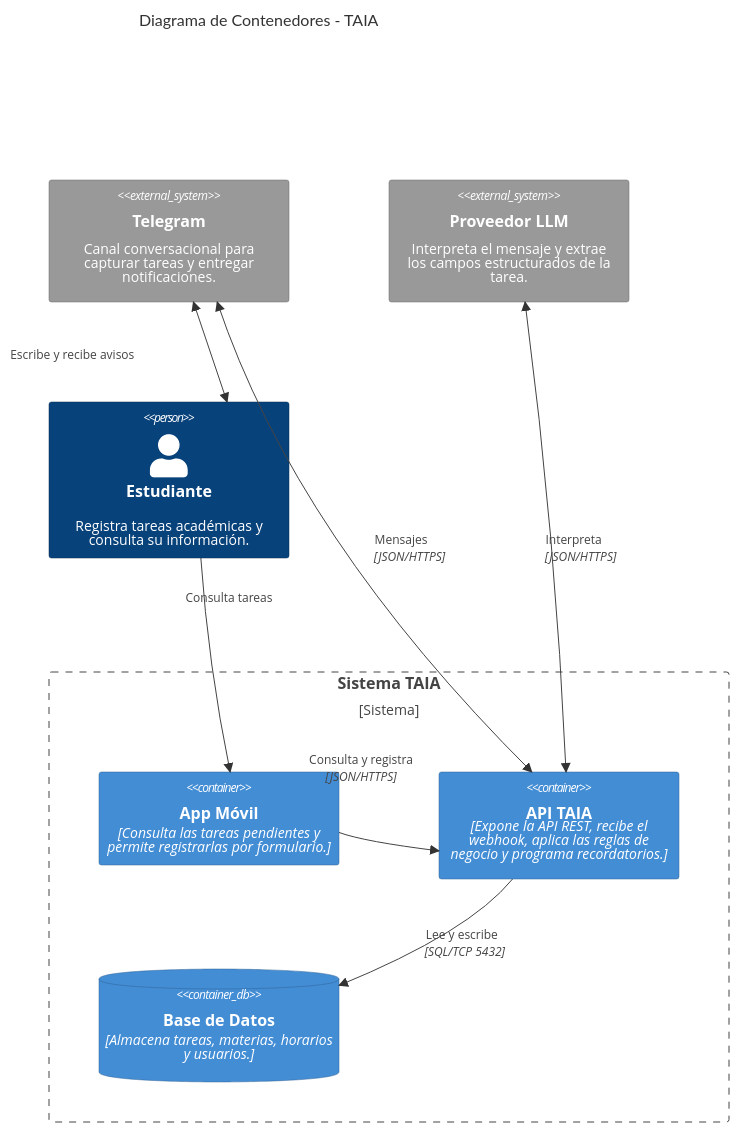
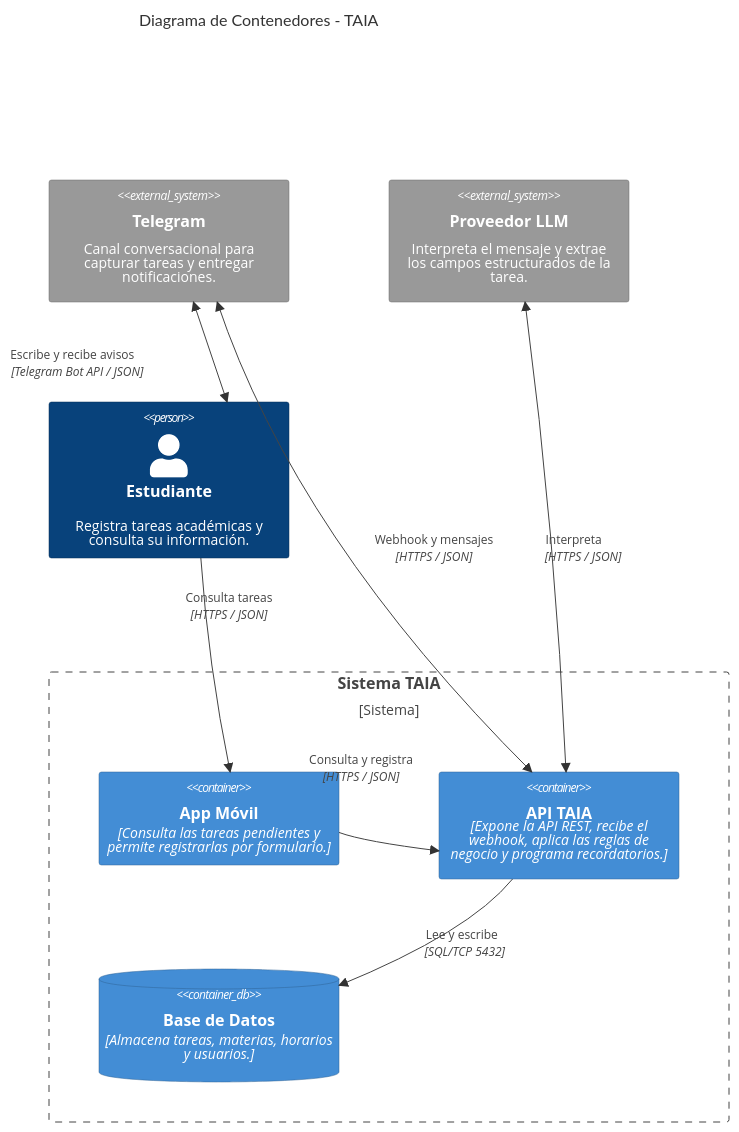
The diagram in docs/c4/C4-C2.md (ISCOUTB/AS_202620_TAIA_-Task-Artificial-Intelligence-Assistant), drawn with Mermaid before and after one commit. The commit also changed 14 other files, not shown here.

````diff
--- a/docs/c4/C4-C2.md
+++ b/docs/c4/C4-C2.md
@@ -4,40 +4,40 @@
 ```mermaid
 ---
 config:
   wrap: true
   c4:
     width: 240
 ---
 C4Container
     title Diagrama de Contenedores - TAIA
 
     System_Ext(telegram, "Telegram", "Canal conversacional para capturar tareas y entregar notificaciones.")
     System_Ext(gemini, "Proveedor LLM ", "Interpreta el mensaje y extrae los campos estructurados de la tarea.")
     Person(estudiante, "Estudiante", "Registra tareas académicas y consulta su información.")
 
     Boundary(taia, "Sistema TAIA", "Sistema") {
         Container(appmovil, "App Móvil", "Consulta las tareas pendientes y permite registrarlas por formulario.")
         Container(api, "API TAIA", "Expone la API REST, recibe el webhook, aplica las reglas de negocio y programa recordatorios.")
         ContainerDb(db, "Base de Datos", "Almacena tareas, materias, horarios y usuarios.")
     }
 
-    BiRel(estudiante, telegram, "Escribe y recibe avisos")
-    Rel(estudiante, appmovil, "Consulta tareas")
-    BiRel(telegram, api, "Mensajes", "JSON/HTTPS")
-    BiRel(api, gemini, "Interpreta", "JSON/HTTPS")
-    Rel(appmovil, api, "Consulta y registra", "JSON/HTTPS")
+    BiRel(estudiante, telegram, "Escribe y recibe avisos", "Telegram Bot API / JSON")
+    Rel(estudiante, appmovil, "Consulta tareas", "HTTPS / JSON")
+    BiRel(telegram, api, "Webhook y mensajes", "HTTPS / JSON")
+    BiRel(api, gemini, "Interpreta", "HTTPS / JSON")
+    Rel(appmovil, api, "Consulta y registra", "HTTPS / JSON")
     Rel(api, db, "Lee y escribe", "SQL/TCP 5432")
 
     UpdateElementStyle(estudiante, $bgColor="#08427b", $fontColor="#ffffff", $borderColor="#052e56")
     UpdateElementStyle(appmovil, $bgColor="#438dd5", $fontColor="#ffffff", $borderColor="#2e6295")
     UpdateElementStyle(api, $bgColor="#438dd5", $fontColor="#ffffff", $borderColor="#2e6295")
     UpdateElementStyle(db, $bgColor="#438dd5", $fontColor="#ffffff", $borderColor="#2e6295")
     UpdateElementStyle(telegram, $bgColor="#999999", $fontColor="#ffffff", $borderColor="#6b6b6b")
     UpdateElementStyle(gemini, $bgColor="#999999", $fontColor="#ffffff", $borderColor="#6b6b6b")
 
     UpdateRelStyle(estudiante, telegram, $offsetX="-200", $offsetY="0")
     UpdateRelStyle(estudiante, appmovil, $offsetX="-30", $offsetY="-70")
     UpdateRelStyle(appmovil, api, $offsetX="-80", $offsetY="-85")
 
     UpdateLayoutConfig($c4ShapeInRow="2", $c4BoundaryInRow="1")
 ```
````
